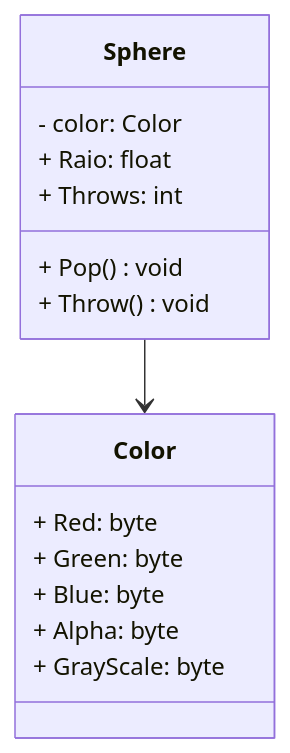
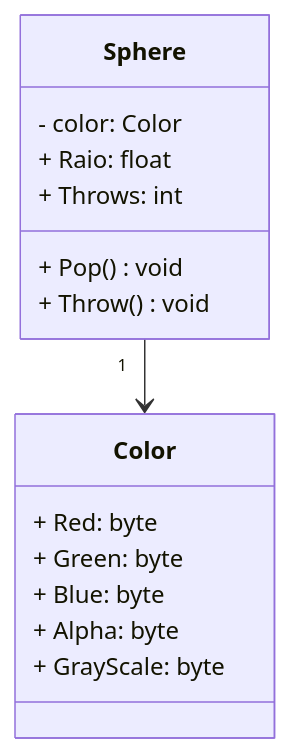
Before and after one commit to notCroptu/LP1Semana06: the diagram in BetterColorSpheres/README.md, drawn with Mermaid.

````diff
--- a/BetterColorSpheres/README.md
+++ b/BetterColorSpheres/README.md
@@ -1,21 +1,21 @@
 ```mermaid
 classDiagram
     class Color{
         + Red: byte
         + Green: byte
         + Blue: byte
         + Alpha: byte
         + GrayScale: byte
     }
 
     class Sphere{
         - color: Color
         + Raio: float
         + Throws: int
 
         + Pop() void
         + Throw() void
     }
 
-    Sphere --> Color
+    Sphere "1" --> Color
 ```
````
